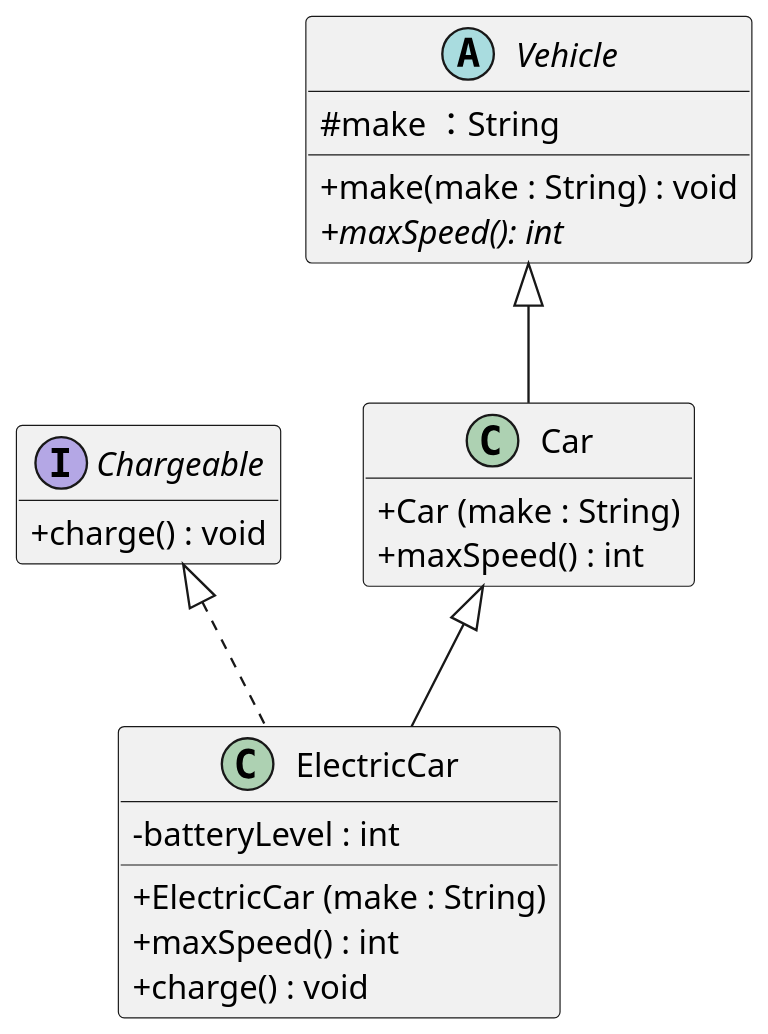
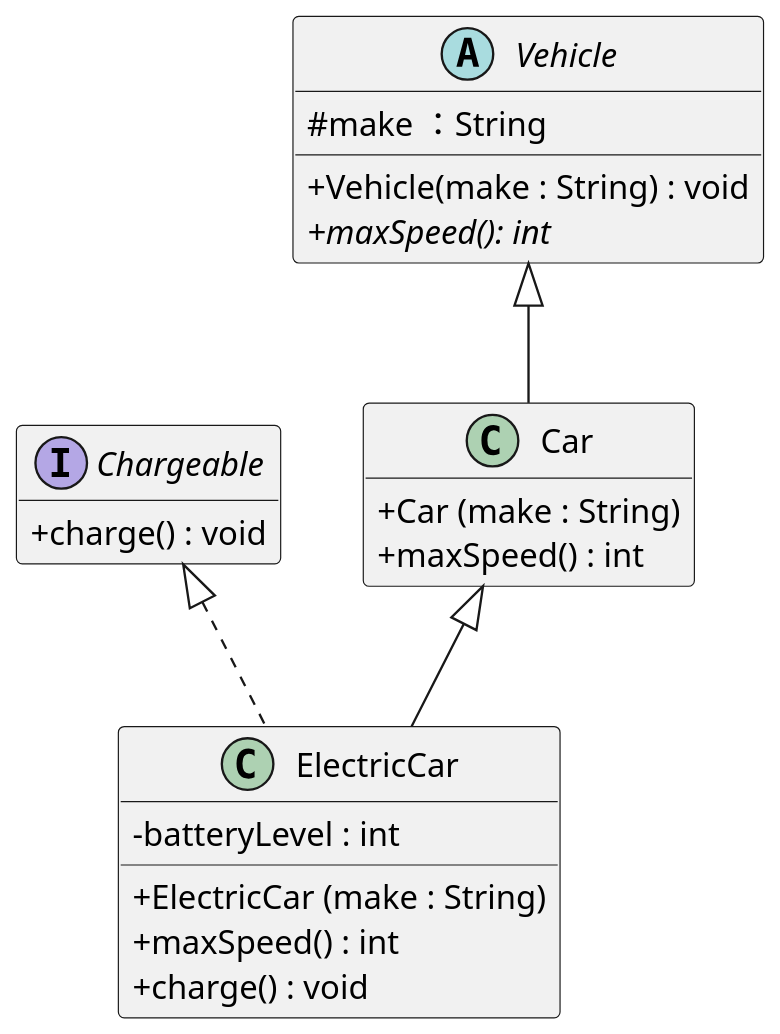
Before and after one commit to simZ-045/207-course-notes: the diagram in plantuml/exercises/vehicles-uml-starter.puml, drawn with PlantUML. The commit also changed 1 other file, not shown here.

Commit message:
more fixes - UML and format

```diff
--- a/plantuml/exercises/vehicles-uml-starter.puml
+++ b/plantuml/exercises/vehicles-uml-starter.puml
@@ -1,45 +1,45 @@
 @startuml
 skinparam dpi 150
 skinparam classAttributeIconSize 0
 hide empty members
 
 ' Your task (Chapter 3, Question 2): draw the UML class diagram for the
 ' Vehicle / Car / ElectricCar / Chargeable code.
 '
 ' Define each type as a box, then connect them with the right arrows. One box
 ' (Chargeable) is filled in as an example — complete the other three and add the
 ' relationships.
 '
 ' PlantUML cheat-sheet:
 '   interface Name { + method() : Type }
 '   abstract class Name { # field : Type }
 '   class Name { - field : Type }
 '   Parent    <|-- Child    ' generalization: Child extends Parent
 '   Interface <|.. Class    ' realization:    Class implements Interface
 ' (Putting the parent/interface on the LEFT of the arrow keeps it on top.)
 
 interface Chargeable {
   + charge() : void
 }
 
 abstract class Vehicle {
  # make ：String
- + make(make : String) : void
+ + Vehicle(make : String) : void
  + maxSpeed(): int {abstract}
 }
 class Car{
  + Car (make : String)
  + maxSpeed() : int
 }
 class ElectricCar{
  - batteryLevel : int
  + ElectricCar (make : String)
  + maxSpeed() : int
  + charge() : void
 }
 
 Vehicle <|-- Car
 Car <|-- ElectricCar
 Chargeable <|.. ElectricCar
 
 @enduml
```
